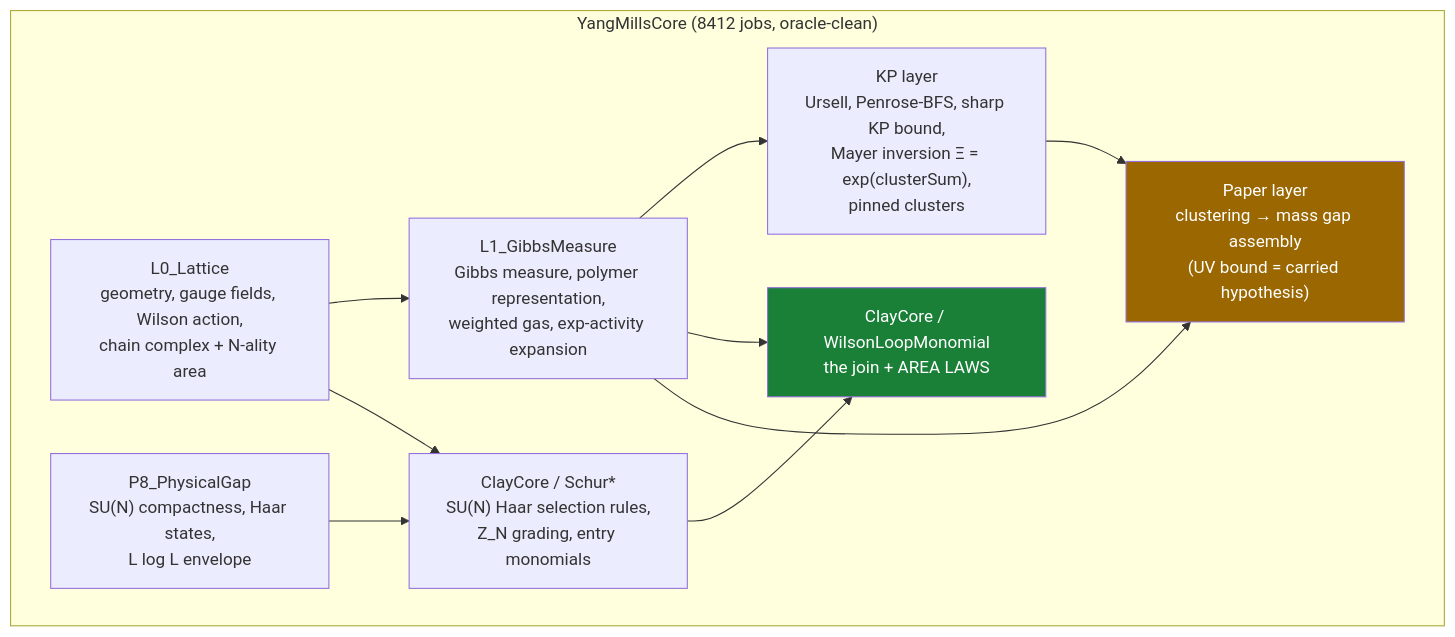
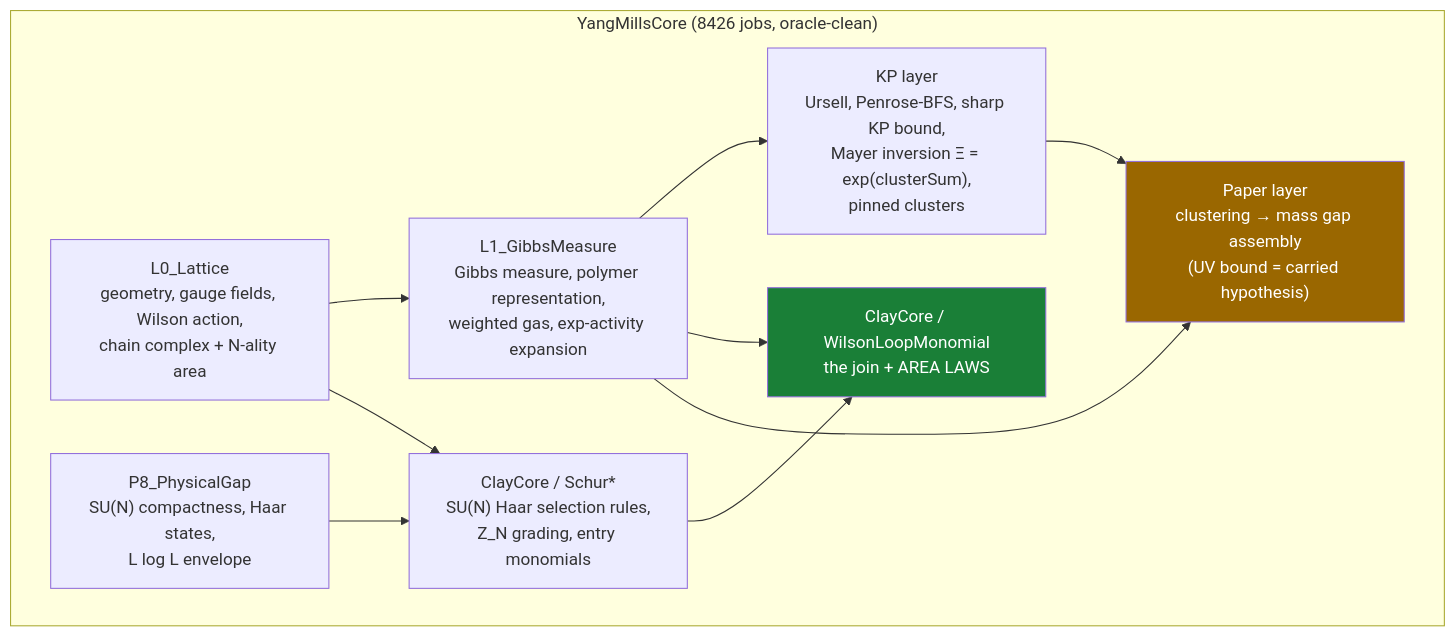
One commit to lluiseriksson/THE-ERIKSSON-PROGRAMME changed the diagram in README.md. Above: the diagram before and after it, drawn with Mermaid. The commit also changed other lines of this file and 17 other files, not shown here.

````diff
--- a/README.md
+++ b/README.md
@@ -389,20 +405,20 @@
 ```mermaid
 graph TD
-    subgraph core["YangMillsCore  (8412 jobs, oracle-clean)"]
+    subgraph core["YangMillsCore  (8426 jobs, oracle-clean)"]
         L0["L0_Lattice<br/>geometry, gauge fields, Wilson action,<br/>chain complex + N-ality area"]
         L1["L1_GibbsMeasure<br/>Gibbs measure, polymer representation,<br/>weighted gas, exp-activity expansion"]
         KP["KP layer<br/>Ursell, Penrose-BFS, sharp KP bound,<br/>Mayer inversion Ξ = exp(clusterSum),<br/>pinned clusters"]
         SCHUR["ClayCore / Schur*<br/>SU(N) Haar selection rules,<br/>Z_N grading, entry monomials"]
         WLM["ClayCore / WilsonLoopMonomial<br/>the join + AREA LAWS"]
         PAPER["Paper layer<br/>clustering → mass gap assembly<br/>(UV bound = carried hypothesis)"]
         P8["P8_PhysicalGap<br/>SU(N) compactness, Haar states,<br/>L log L envelope"]
     end
     L0 --> L1 --> KP
     L0 --> SCHUR --> WLM
     L1 --> WLM
     L1 --> PAPER
     KP --> PAPER
     P8 --> SCHUR
     style WLM fill:#1a7f37,color:#fff
     style PAPER fill:#9a6700,color:#fff
 ```
````
